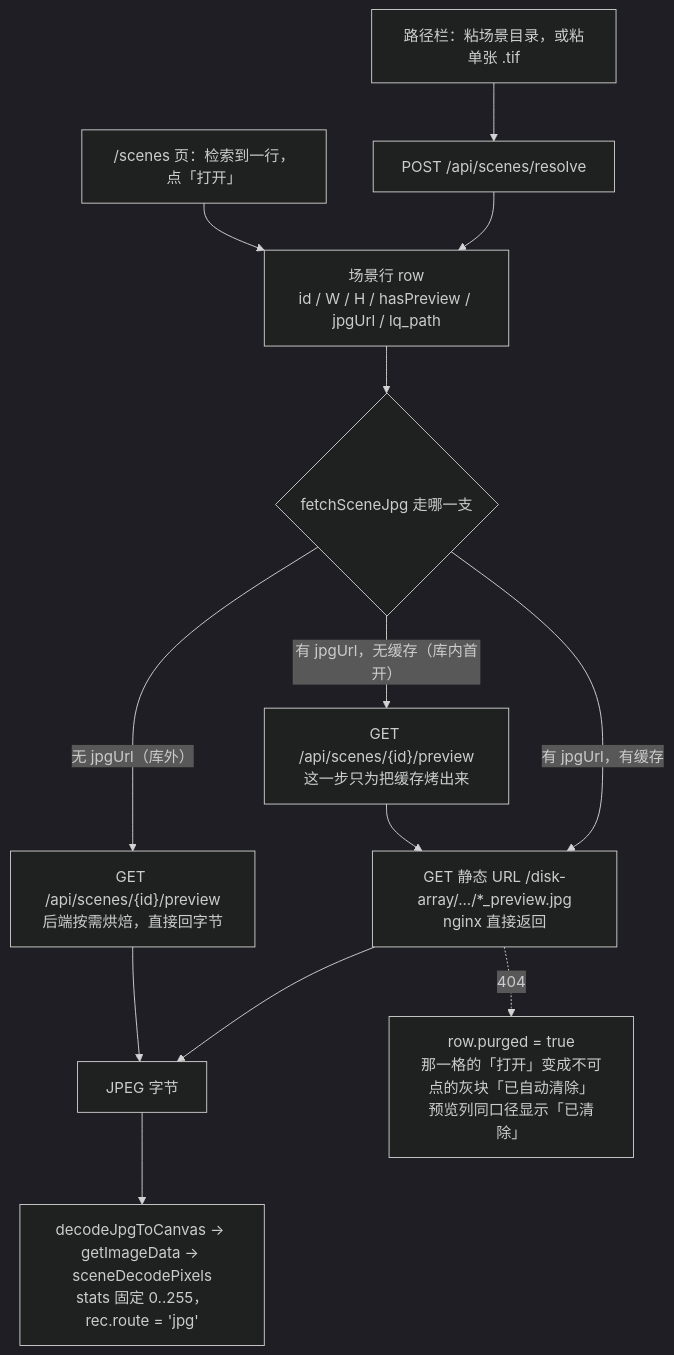
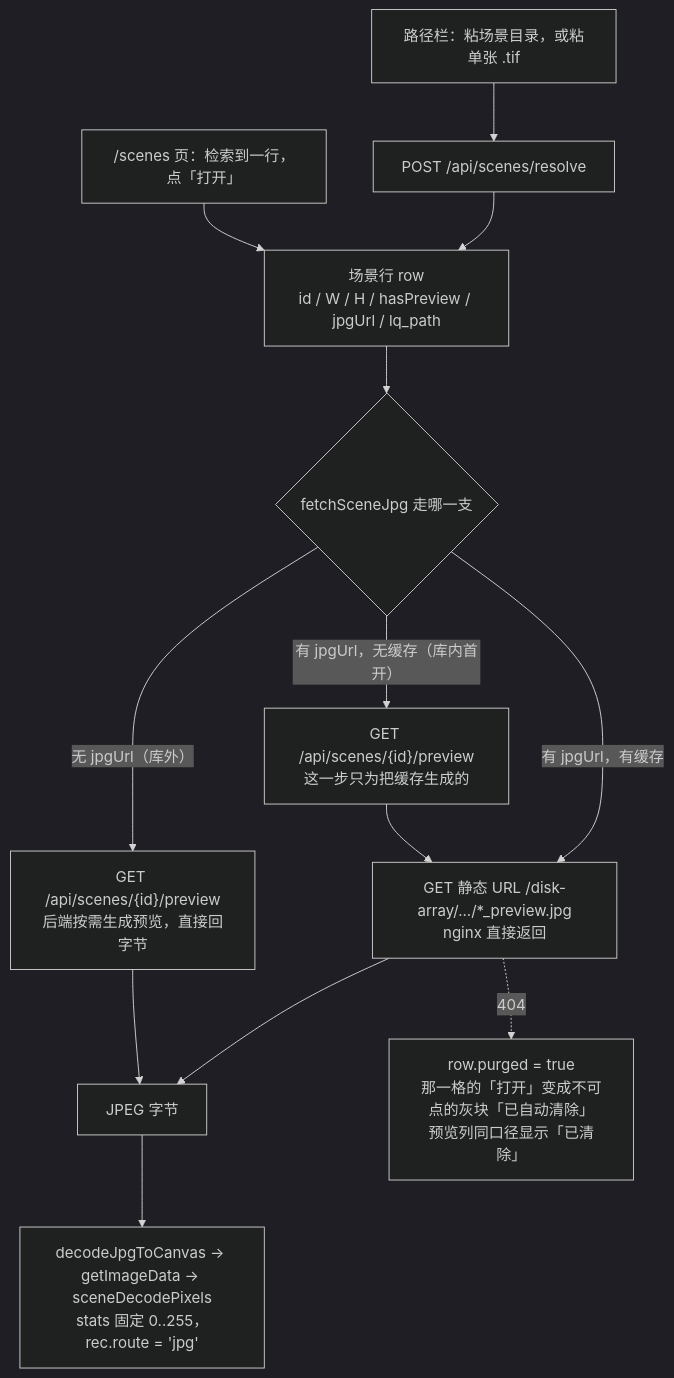
Before and after one commit to Jason001028/sr_agent_platform: the first of 3 diagrams in docs/knowledge/preview-bake-pipeline.md, drawn with Mermaid (dark theme). The commit also changed other lines of this file and 99 other files, not shown here.

````diff
--- a/docs/knowledge/preview-bake-pipeline.md
+++ b/docs/knowledge/preview-bake-pipeline.md
@@ -70,17 +70,17 @@
 ```mermaid
 flowchart TD
     IN1["/scenes 页：检索到一行，点「打开」"] --> ROW
     IN2["路径栏：粘场景目录，或粘单张 .tif"] --> RESOLVE["POST /api/scenes/resolve"]
     RESOLVE --> ROW["场景行 row<br/>id / W / H / hasPreview / jpgUrl / lq_path"]
 
     ROW --> FETCH{"fetchSceneJpg 走哪一支"}
 
-    FETCH -->|"无 jpgUrl（库外）"| P1["GET /api/scenes/{id}/preview<br/>后端按需烘焙，直接回字节"]
-    FETCH -->|"有 jpgUrl，无缓存（库内首开）"| P2["GET /api/scenes/{id}/preview<br/>这一步只为把缓存烤出来"] --> P3
+    FETCH -->|"无 jpgUrl（库外）"| P1["GET /api/scenes/{id}/preview<br/>后端按需生成预览，直接回字节"]
+    FETCH -->|"有 jpgUrl，无缓存（库内首开）"| P2["GET /api/scenes/{id}/preview<br/>这一步只为把缓存生成的"] --> P3
     FETCH -->|"有 jpgUrl，有缓存"| P3["GET 静态 URL /disk-array/.../*_preview.jpg<br/>nginx 直接返回"]
 
     P1 --> BLOB["JPEG 字节"]
     P3 --> BLOB
     P3 -.->|"404"| GONE2["row.purged = true<br/>那一格的「打开」变成不可点的灰块「已自动清除」<br/>预览列同口径显示「已清除」"]
     BLOB --> DISP["decodeJpgToCanvas → getImageData → sceneDecodePixels<br/>stats 固定 0..255，rec.route = 'jpg'"]
 ```
````
